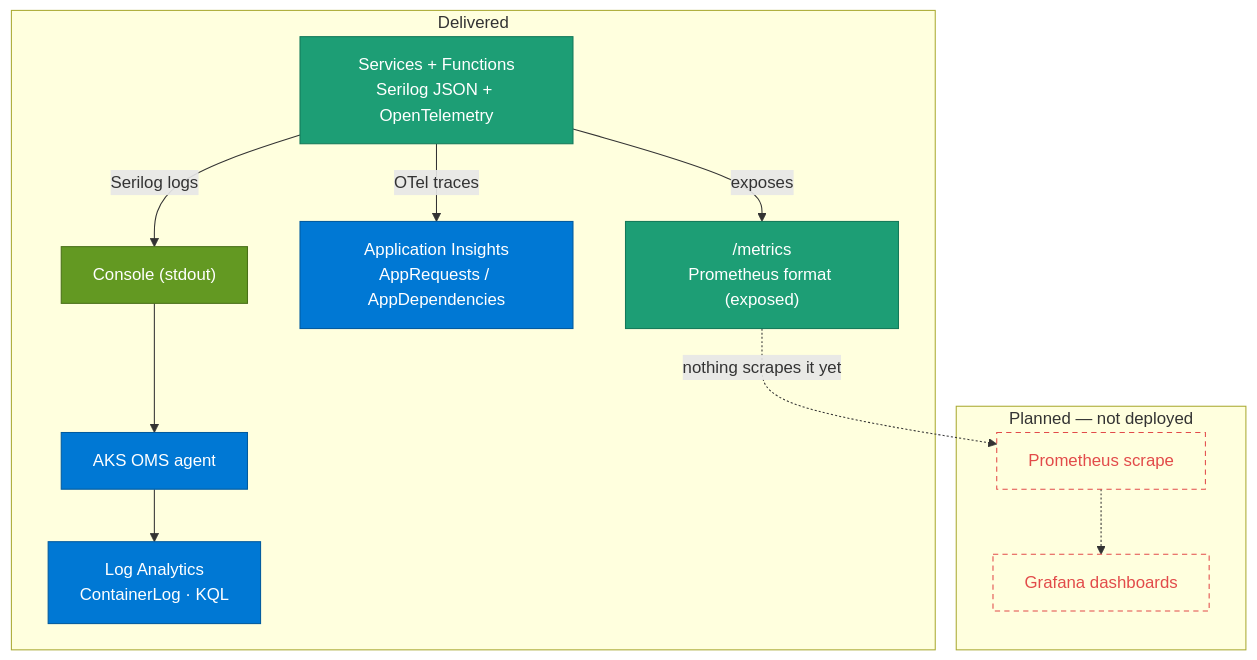
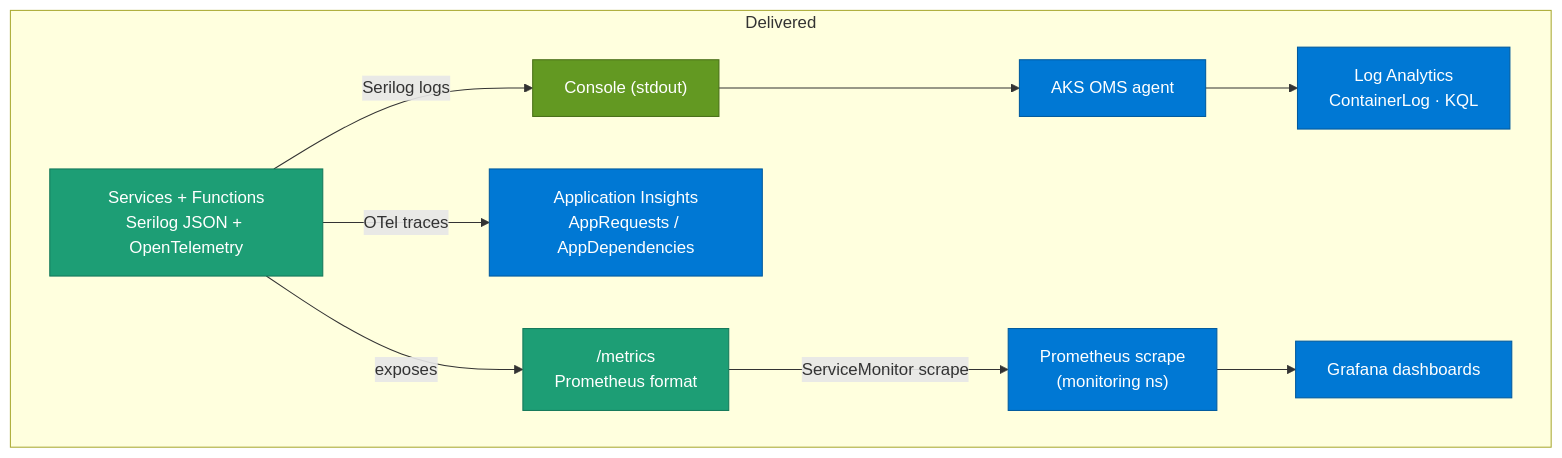
Before and after one commit to seesathish/AntKart-Src3: the diagram in docs/development/5-observability.md, drawn with Mermaid. The commit also changed other lines of this file and 14 other files, not shown here.

````diff
--- a/docs/development/5-observability.md
+++ b/docs/development/5-observability.md
@@ -7,30 +7,27 @@
 ```mermaid
 flowchart TD
     subgraph DELIVERED["Delivered"]
         SVC["Services + Functions<br/>Serilog JSON + OpenTelemetry"]:::service
         CON["Console (stdout)"]:::cicd
         OMS["AKS OMS agent"]:::paas
         LA["Log Analytics<br/>ContainerLog · KQL"]:::paas
         AI["Application Insights<br/>AppRequests / AppDependencies"]:::paas
-        METRICS["/metrics<br/>Prometheus format (exposed)"]:::service
-    end
-
-    subgraph PLANNED["Planned — not deployed"]
-        PROM["Prometheus scrape"]:::issue
-        GRAF["Grafana dashboards"]:::issue
+        METRICS["/metrics<br/>Prometheus format"]:::service
+        PROM["Prometheus scrape<br/>(monitoring ns)"]:::paas
+        GRAF["Grafana dashboards"]:::paas
     end
 
     SVC -->|"Serilog logs"| CON --> OMS --> LA
     SVC -->|"OTel traces"| AI
     SVC -->|"exposes"| METRICS
-    METRICS -. "nothing scrapes it yet" .-> PROM -.-> GRAF
+    METRICS -->|"ServiceMonitor scrape"| PROM --> GRAF
 
     classDef external fill:#B4B2A9,stroke:#7A7870,color:#111,stroke-dasharray:4 3;
     classDef service fill:#1D9E75,stroke:#14795A,color:#FFF;
     classDef paas fill:#0078D4,stroke:#005A9E,color:#FFF;
     classDef datastore fill:#185FA5,stroke:#0F3F6E,color:#FFF;
     classDef identity fill:#BA7517,stroke:#8A560F,color:#FFF;
     classDef edge fill:#7F77DD,stroke:#5B52B8,color:#FFF;
     classDef cicd fill:#639922,stroke:#496F18,color:#FFF;
     classDef issue fill:none,stroke:#E24B4A,color:#E24B4A,stroke-dasharray:5 4;
 ```
````
